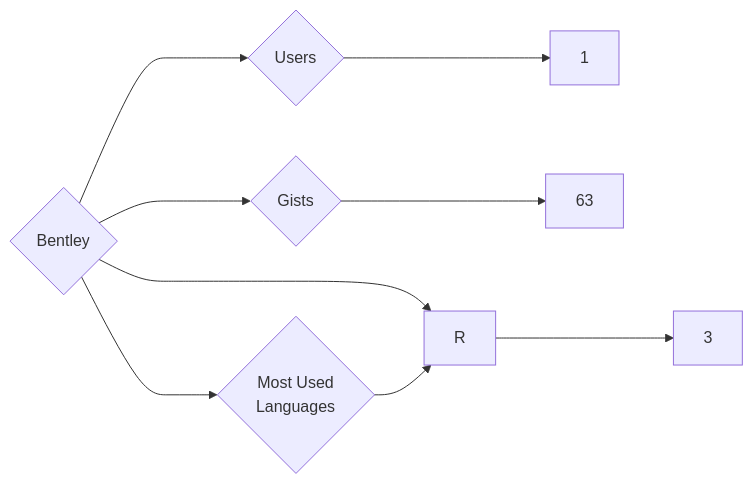
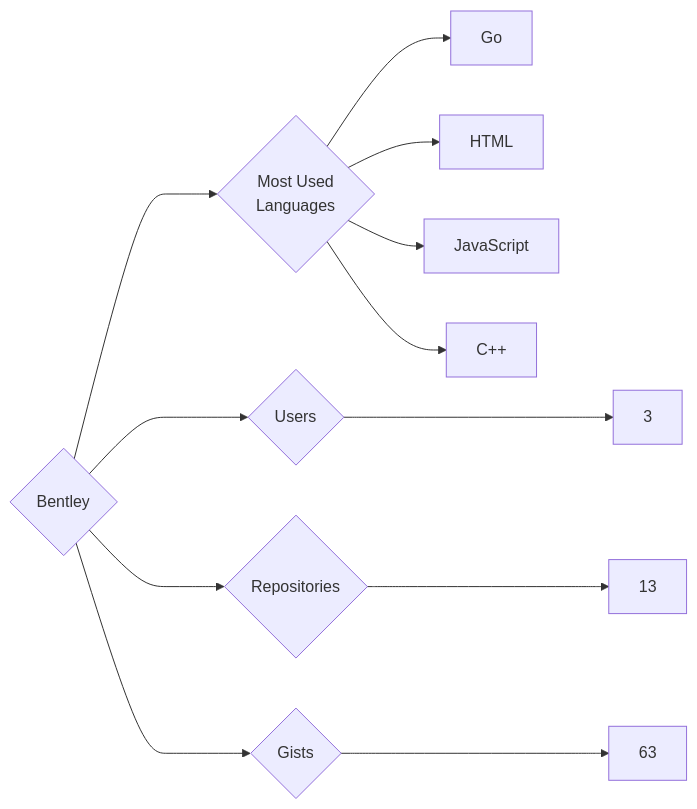
Before and after one commit to trickest/insiders: the diagram in targets/Bentley/README.md, drawn with Mermaid. The commit also changed 998 other files, not shown here.

````diff
--- a/targets/Bentley/README.md
+++ b/targets/Bentley/README.md
@@ -3,9 +3,12 @@
 ```mermaid
 graph LR
 COMPANY_NAME{Bentley}
-COMPANY_NAME ---> U{Users} ---> UN[1]
-COMPANY_NAME ---> R{Repositories} ---> RN[3]
+COMPANY_NAME ---> U{Users} ---> UN[3]
+COMPANY_NAME ---> R{Repositories} ---> RN[13]
 COMPANY_NAME ---> G{Gists} ---> GN[63]
 COMPANY_NAME ---> ML{Most Used<br>Languages}
-ML --> R[R]
+ML --> Go[Go]
+ML --> HTML[HTML]
+ML --> JavaScript[JavaScript]
+ML --> C++[C++]
 ```
````
